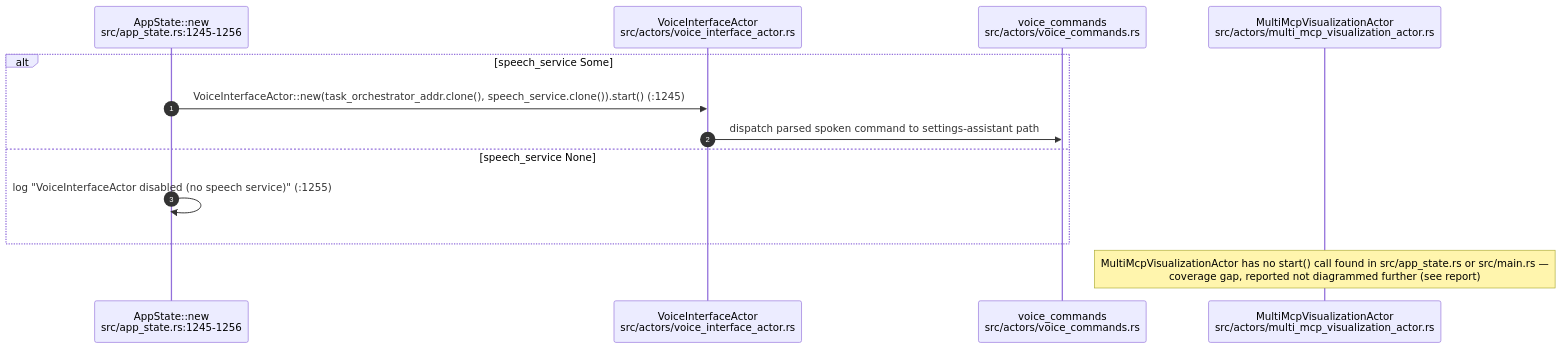
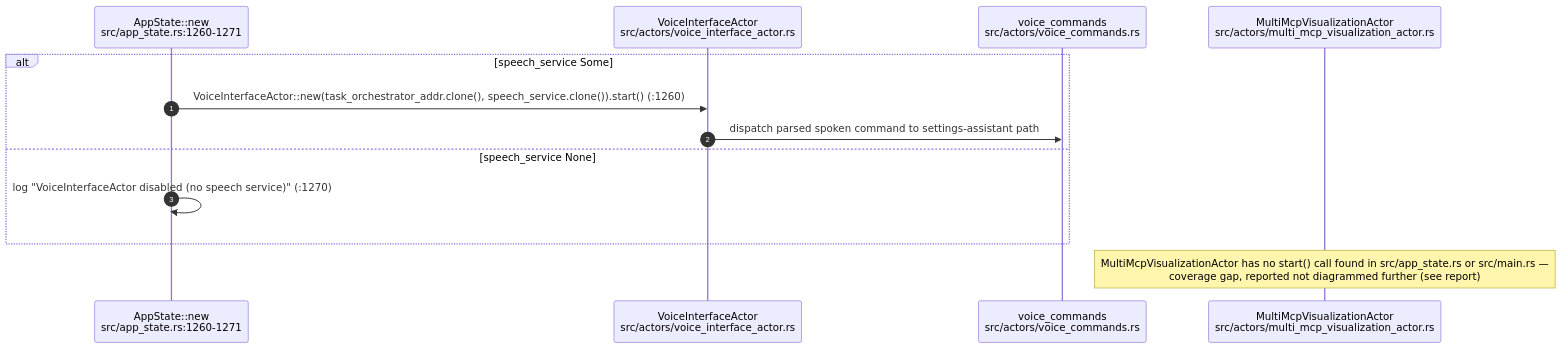
One commit to DreamLab-AI/VisionFlow changed diagram 13 of 14 in docs/diagrams/visionclaw/02-actor-supervision.md. Above: the diagram before and after it, drawn with Mermaid. The commit also changed other lines of this file and 173 other files, not shown here.

````diff
--- a/docs/diagrams/visionclaw/02-actor-supervision.md
+++ b/docs/diagrams/visionclaw/02-actor-supervision.md
@@ -486,16 +490,16 @@
 ```mermaid
 sequenceDiagram
     autonumber
-    participant APP as AppState::new<br/>src/app_state.rs:1245-1256
+    participant APP as AppState::new<br/>src/app_state.rs:1260-1271
     participant VI as VoiceInterfaceActor<br/>src/actors/voice_interface_actor.rs
     participant VC as voice_commands<br/>src/actors/voice_commands.rs
     participant MMV as MultiMcpVisualizationActor<br/>src/actors/multi_mcp_visualization_actor.rs
 
     alt speech_service Some
-        APP->>VI: VoiceInterfaceActor::new(task_orchestrator_addr.clone(), speech_service.clone()).start() (:1245)
+        APP->>VI: VoiceInterfaceActor::new(task_orchestrator_addr.clone(), speech_service.clone()).start() (:1260)
         VI->>VC: dispatch parsed spoken command to settings-assistant path
     else speech_service None
-        APP->>APP: log "VoiceInterfaceActor disabled (no speech service)" (:1255)
+        APP->>APP: log "VoiceInterfaceActor disabled (no speech service)" (:1270)
     end
     Note over MMV: MultiMcpVisualizationActor has no start() call found in src/app_state.rs or src/main.rs —<br/>coverage gap, reported not diagrammed further (see report)
 ```
````
